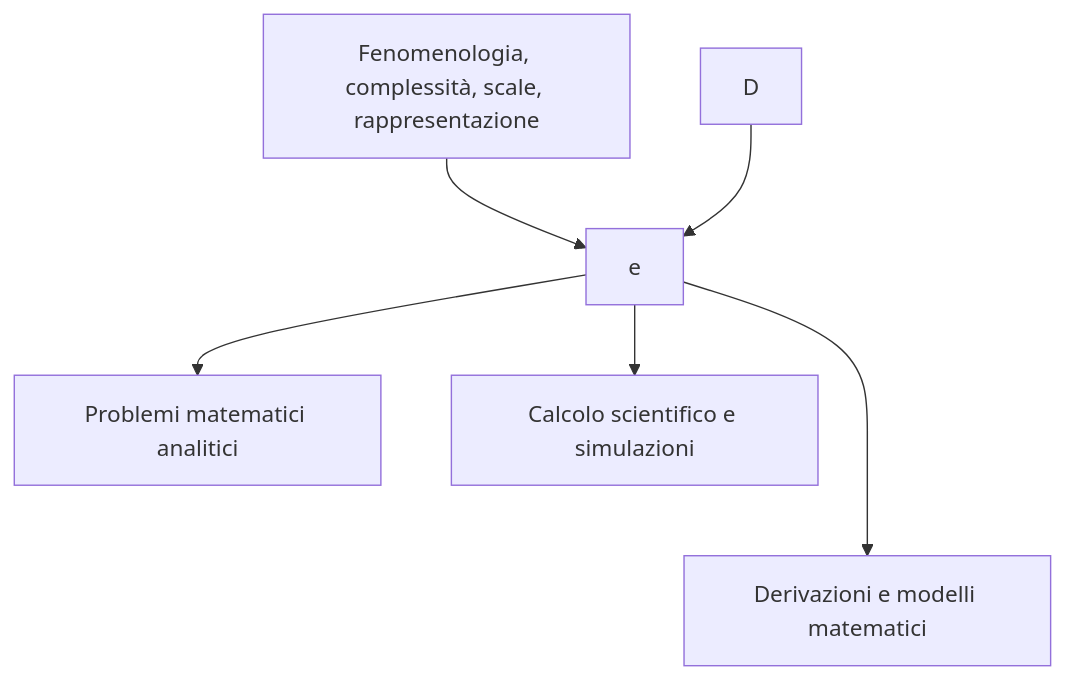
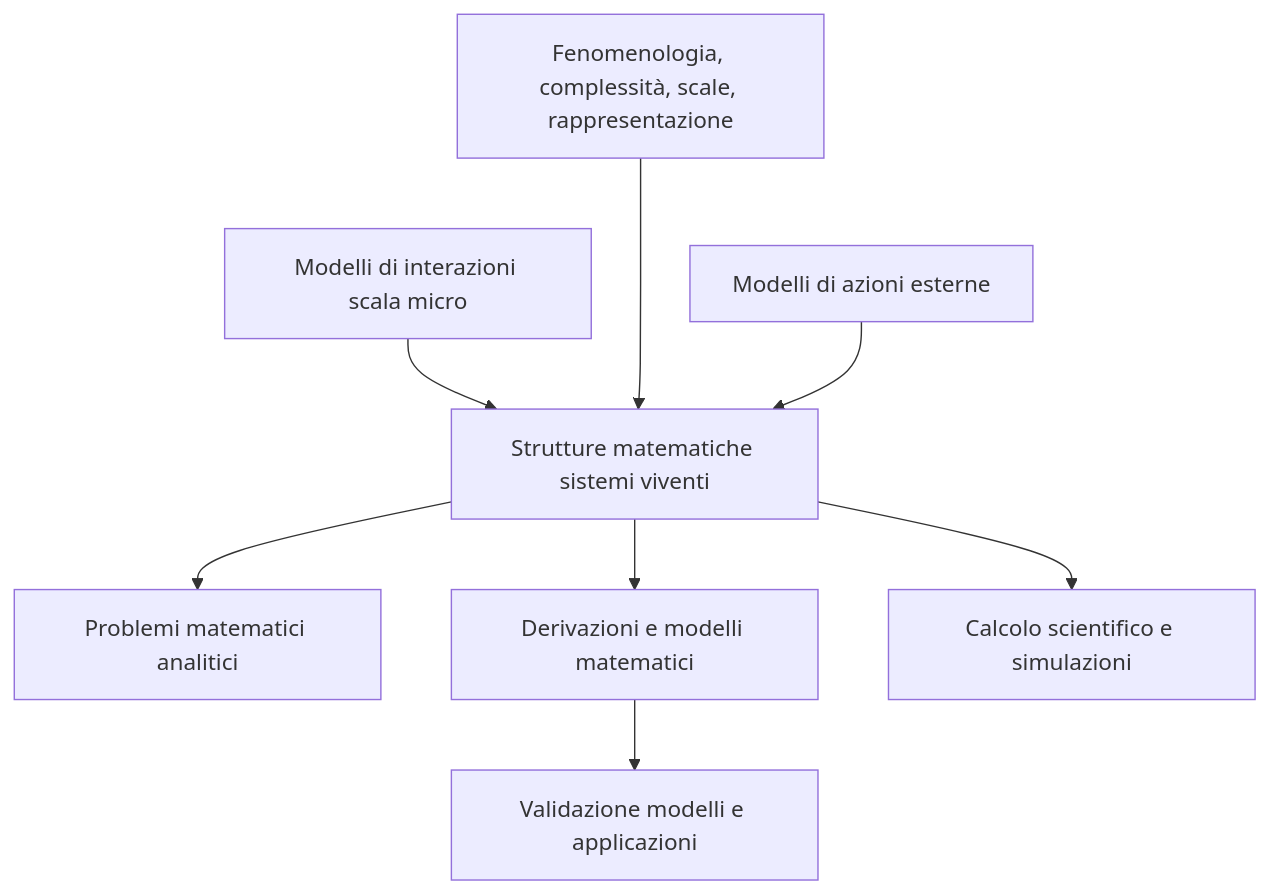
Before and after one commit to modelinglife/doc: the diagram in modelli-matematici-per-la-pandemia/matematica-e-sistemi-viventi-quale-strategia.md, drawn with Mermaid.

Commit message:
GitBook: [#27] No subject

````diff
--- a/modelli-matematici-per-la-pandemia/matematica-e-sistemi-viventi-quale-strategia.md
+++ b/modelli-matematici-per-la-pandemia/matematica-e-sistemi-viventi-quale-strategia.md
@@ -44,9 +44,12 @@
 ```mermaid
 graph TD
-  A[Fenomenologia, complessità, scale, rappresentazione] --> B[Strutture matematiche sistemi viventi]
+    G[Modelli di interazioni scala micro] --> B
+    A[Fenomenologia, complessità, scale, rappresentazione] ---> B[Strutture matematiche sistemi viventi]
     B --> C[Problemi matematici analitici]
-    B ---> F[Derivazioni e modelli matematici]
-    B --> E[Calcolo scientifico e simulazioni]
-    D --> B[e]
+    B --> E[Derivazioni e modelli matematici]
+    B --> F[Calcolo scientifico e simulazioni]
+    D[Modelli di azioni esterne] --> B
+    E --> H[Validazione modelli e applicazioni]
+
   
 ```
````
